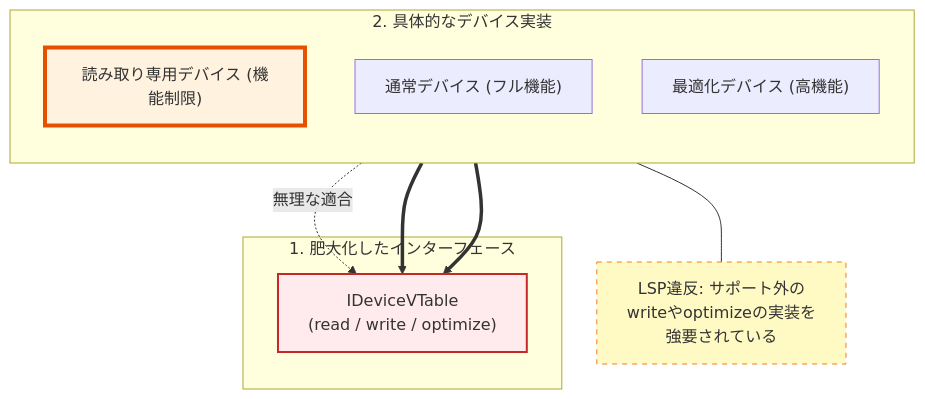
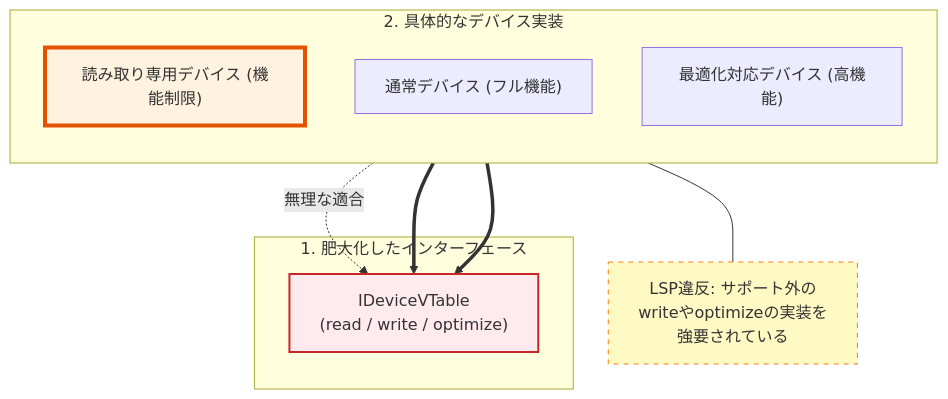
The seventh of 8 diagrams in 02_章別/15_第2部 第11章 インターフェース分離原則 (ISP) 不要な依存の排除とモジュール結合度の最小化_01.md (kumachan1101/BookProject), drawn with Mermaid before and after one commit. The commit also changed other lines of this file and 73 other files, not shown here.

````diff
--- a/02_章別/15_第2部 第11章 インターフェース分離原則 (ISP) 不要な依存の排除とモジュール結合度の最小化_01.md
+++ b/02_章別/15_第2部 第11章 インターフェース分離原則 (ISP) 不要な依存の排除とモジュール結合度の最小化_01.md
@@ -459,29 +459,29 @@
 ```mermaid
 graph TB
       subgraph Interface ["1. 肥大化したインターフェース"]
           VT["IDeviceVTable<br/>(read / write / optimize)"]
       end
 
       subgraph Impls ["2. 具体的なデバイス実装"]
           direction TB
           RO["読み取り専用デバイス (機能制限)"]
           RW["通常デバイス (フル機能)"]
-          OPT["最適化デバイス (高機能)"]
+          OPT["最適化対応デバイス (高機能)"]
       end
 
       %% 接続
       RO -.->|"無理な適合"| VT
       RW ==> VT
       OPT ==> VT
 
       %% 問題点の強調
       Problem["LSP違反: サポート外の<br/>writeやoptimizeの実装を<br/>強要されている"]
 
       %% 配置の調整
       RO --- Problem
 
       %% スタイル設定
       style VT fill:#ffebee,stroke:#c62828,stroke-width:2px
       style RO fill:#fff3e0,stroke:#e65100,stroke-width:4px
       style Problem fill:#fff9c4,stroke:#f57f17,stroke-dasharray: 5 5
 ```
````
